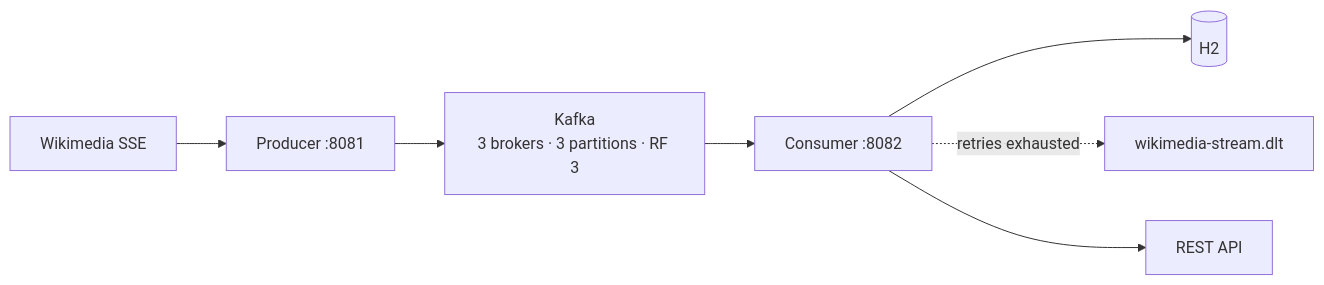
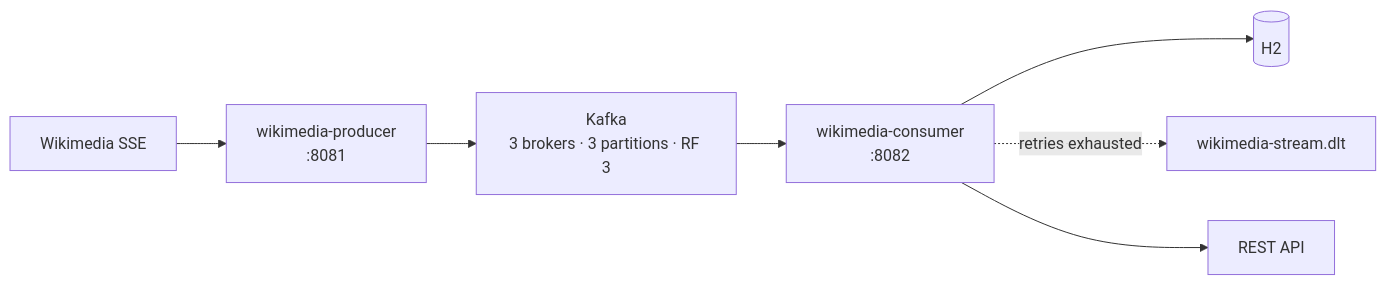
Before and after one commit to Dancan254/kafka-springboot: the second of 2 diagrams in lessons/README.md, drawn with Mermaid. The commit also changed other lines of this file and 22 other files, not shown here.

````diff
--- a/lessons/README.md
+++ b/lessons/README.md
@@ -116,9 +127,9 @@
 ```mermaid
 flowchart LR
-    SSE["Wikimedia SSE"] --> PROD["Producer :8081"]
+    SSE["Wikimedia SSE"] --> PROD["wikimedia-producer<br/>:8081"]
     PROD --> K["Kafka<br/>3 brokers · 3 partitions · RF 3"]
-    K --> CONS["Consumer :8082"]
+    K --> CONS["wikimedia-consumer<br/>:8082"]
     CONS --> DB[("H2")]
     CONS -.->|"retries exhausted"| DLT["wikimedia-stream.dlt"]
     CONS --> API["REST API"]
 ```
````
